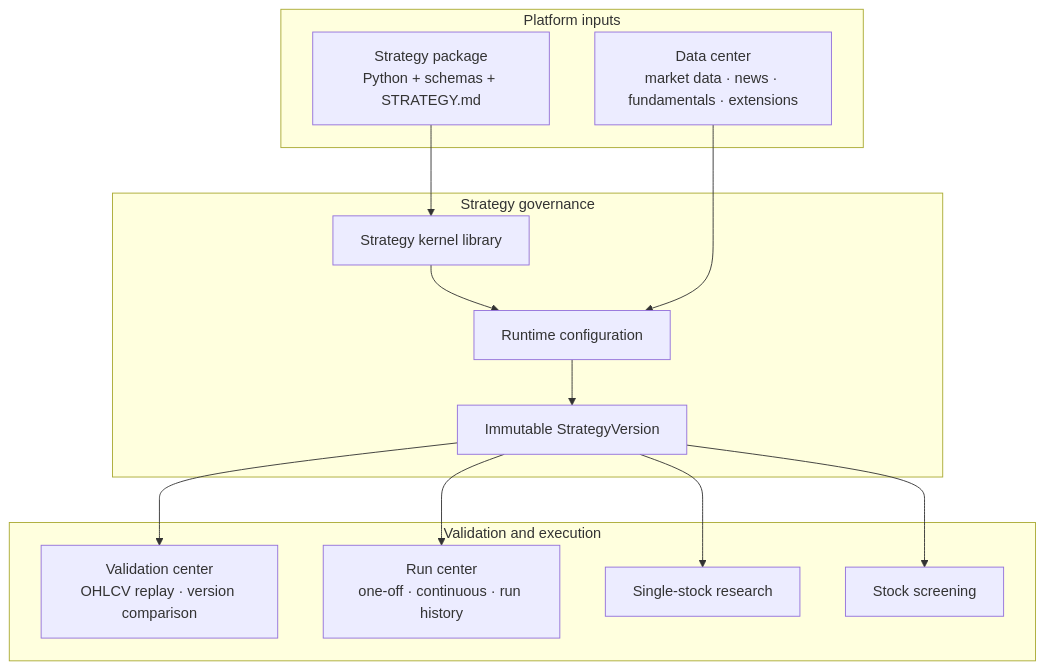
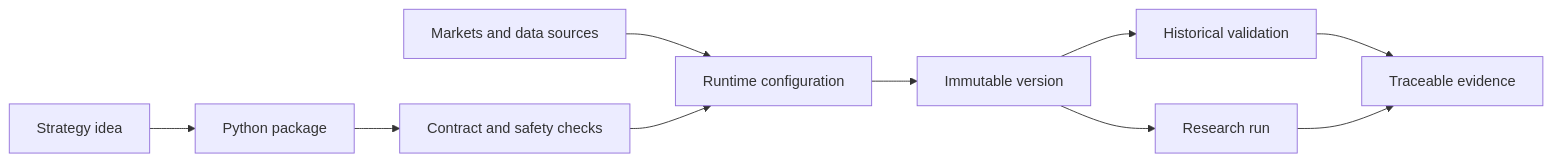
Before and after one commit to EthanAlgoX/LLM-TradeBot: the diagram in docs/README_EN.md, drawn with Mermaid. The commit also changed other lines of this file and 4 other files, not shown here.

````diff
--- a/docs/README_EN.md
+++ b/docs/README_EN.md
@@ -67,29 +55,12 @@
 ```mermaid
-flowchart TB
-    subgraph Inputs["Platform inputs"]
-        DC["Data center<br/>market data · news · fundamentals · extensions"]
-        PKG["Strategy package<br/>Python + schemas + STRATEGY.md"]
-    end
-
-    subgraph Governance["Strategy governance"]
-        KR["Strategy kernel library"]
-        CFG["Runtime configuration"]
-        VER["Immutable StrategyVersion"]
-    end
-
-    subgraph Products["Validation and execution"]
-        VAL["Validation center<br/>OHLCV replay · version comparison"]
-        RUN["Run center<br/>one-off · continuous · run history"]
-        RES["Single-stock research"]
-        SCAN["Stock screening"]
-    end
-
-    PKG --> KR
-    KR --> CFG
-    DC --> CFG
-    CFG --> VER
-    VER --> VAL
-    VER --> RUN
-    VER --> RES
-    VER --> SCAN
+flowchart LR
+    IDEA["Strategy idea"] --> PKG["Python package"]
+    PKG --> CHECK["Contract and safety checks"]
+    DATA["Markets and data sources"] --> CONFIG["Runtime configuration"]
+    CHECK --> CONFIG
+    CONFIG --> VERSION["Immutable version"]
+    VERSION --> VALIDATE["Historical validation"]
+    VERSION --> RUN["Research run"]
+    VALIDATE --> EVIDENCE["Traceable evidence"]
+    RUN --> EVIDENCE
 ```
````
